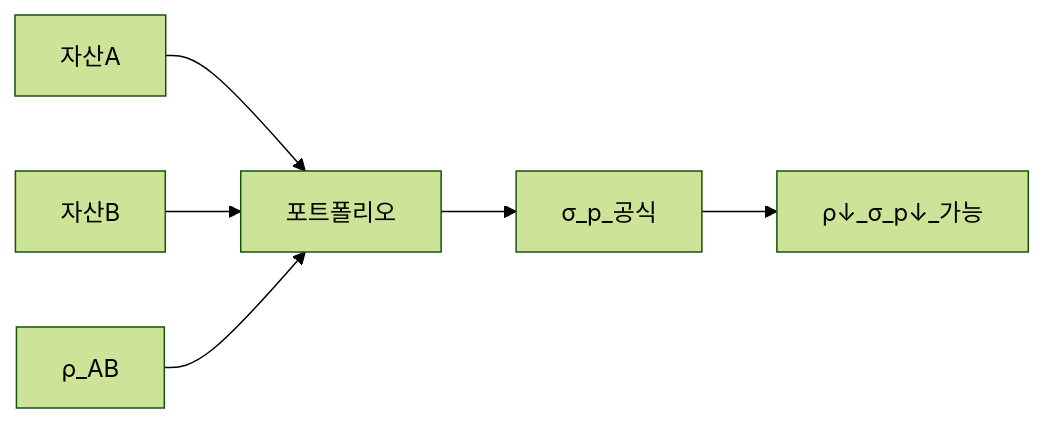
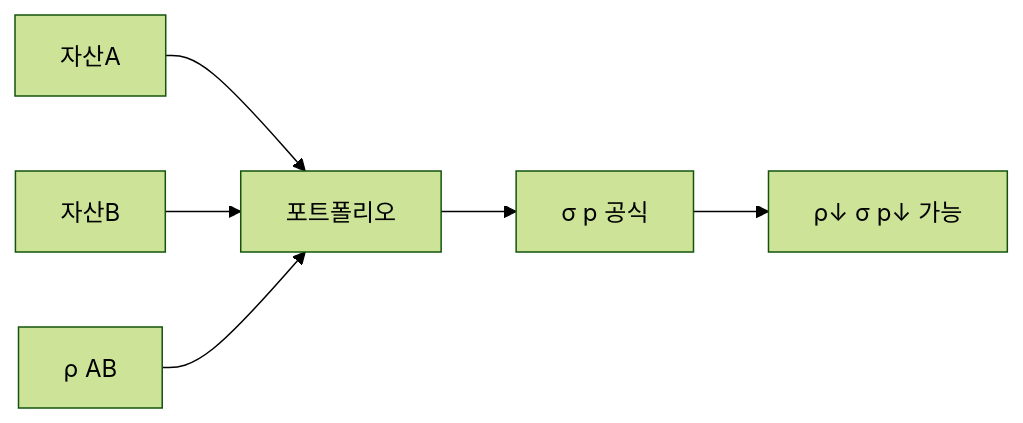
Before and after one commit to goldanghenry/Finances: the second of 3 diagrams in 04-portfolio/portfolio-theory-mpt.md, drawn with Mermaid (forest theme). The commit also changed other lines of this file and 211 other files, not shown here.

````diff
--- a/04-portfolio/portfolio-theory-mpt.md
+++ b/04-portfolio/portfolio-theory-mpt.md
@@ -132,8 +135,8 @@
 ```mermaid
 flowchart LR
   A[자산A] --> Port[포트폴리오]
   B[자산B] --> Port
-  Rho[ρ_AB] --> Port
-  Port --> Sig[σ_p_공식]
-  Sig --> Low[ρ↓_σ_p↓_가능]
+  Rho["ρ AB"] --> Port
+  Port --> Sig["σ p 공식"]
+  Sig --> Low["ρ↓ σ p↓ 가능"]
 ```
````
